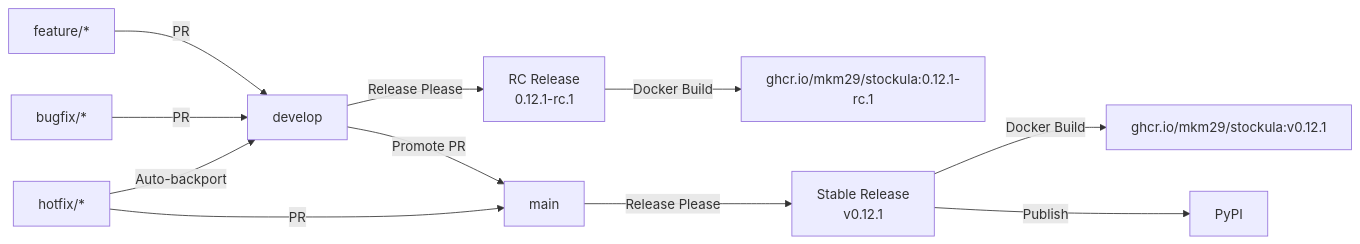
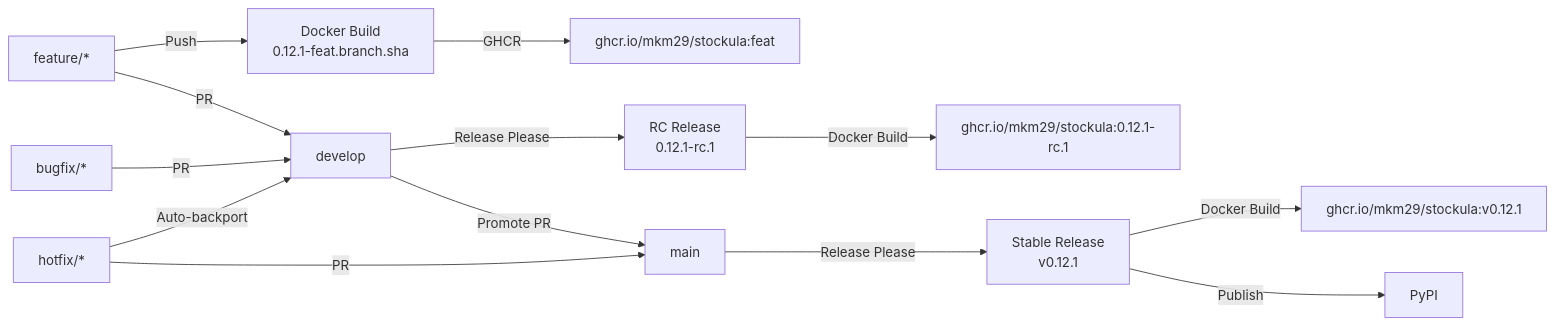
Before and after one commit to mkm29/stockula: the second of 2 diagrams in README.md, drawn with Mermaid. The commit also changed other lines of this file and 3 other files, not shown here.

Commit message:
feat(docker): Enhance Docker build process for feature branches and update documentation

````diff
--- a/README.md
+++ b/README.md
@@ -443,13 +443,15 @@
 ```mermaid
 graph LR
-    A[feature/*] -->|PR| B[develop]
+    A[feature/*] -->|Push| K[Docker Build<br/>0.12.1-feat.branch.sha]
+    K -->|GHCR| L[ghcr.io/mkm29/stockula:feat]
+    A -->|PR| B[develop]
     C[bugfix/*] -->|PR| B
     B -->|Release Please| D[RC Release<br/>0.12.1-rc.1]
     D -->|Docker Build| E[ghcr.io/mkm29/stockula:0.12.1-rc.1]
     B -->|Promote PR| F[main]
     F -->|Release Please| G[Stable Release<br/>v0.12.1]
     G -->|Docker Build| H[ghcr.io/mkm29/stockula:v0.12.1]
     G -->|Publish| I[PyPI]
     J[hotfix/*] -->|PR| F
     J -->|Auto-backport| B
 ```
````
